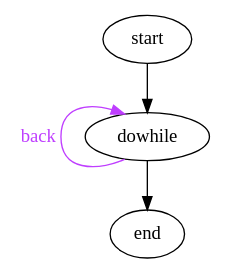
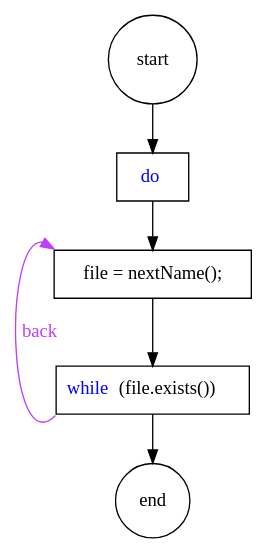
The diagram in graphs/basics.do_while.gv (jindrapetrik/graphs), drawn with Graphviz before and after one commit. The commit also changed 3 other files, not shown here.

```diff
--- a/graphs/basics.do_while.gv
+++ b/graphs/basics.do_while.gv
@@ -1,7 +1,23 @@
+/*
+do
+{
+  file = nextName();
+}while(file.exists());
+
+*/
 digraph {
-start;
-start:s->dowhile:n;
-dowhile:sw->dowhile:nw [color=darkorchid1 label=back fontcolor=darkorchid1];
-dowhile:s->end;
+node [shape=box]
+start [shape=circle];
+end [shape=circle];
+body [label="file = nextName();"]
+while [label=<<FONT color="blue">while</FONT>(file.exists())>]
+do [label=<<FONT color="blue">do</FONT>>]
+
+
+start:s->do:n;
+do:s->body:n;
+body:s->while:n;
+while:sw->body:nw [color=darkorchid1 label=back fontcolor=darkorchid1];
+while:s->end;
 end;
 }
```
